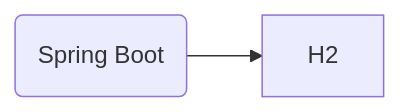
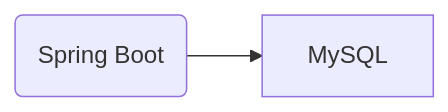
The diagram in README.md (DodoNehir/testcherry), drawn with Mermaid before and after one commit. The commit also changed other lines of this file, not shown here.

````diff
--- a/README.md
+++ b/README.md
@@ -16,4 +16,4 @@
 ```mermaid
 graph LR
-A(Spring Boot)-->B[H2]
+A(Spring Boot)-->B[MySQL]
 ```
````
